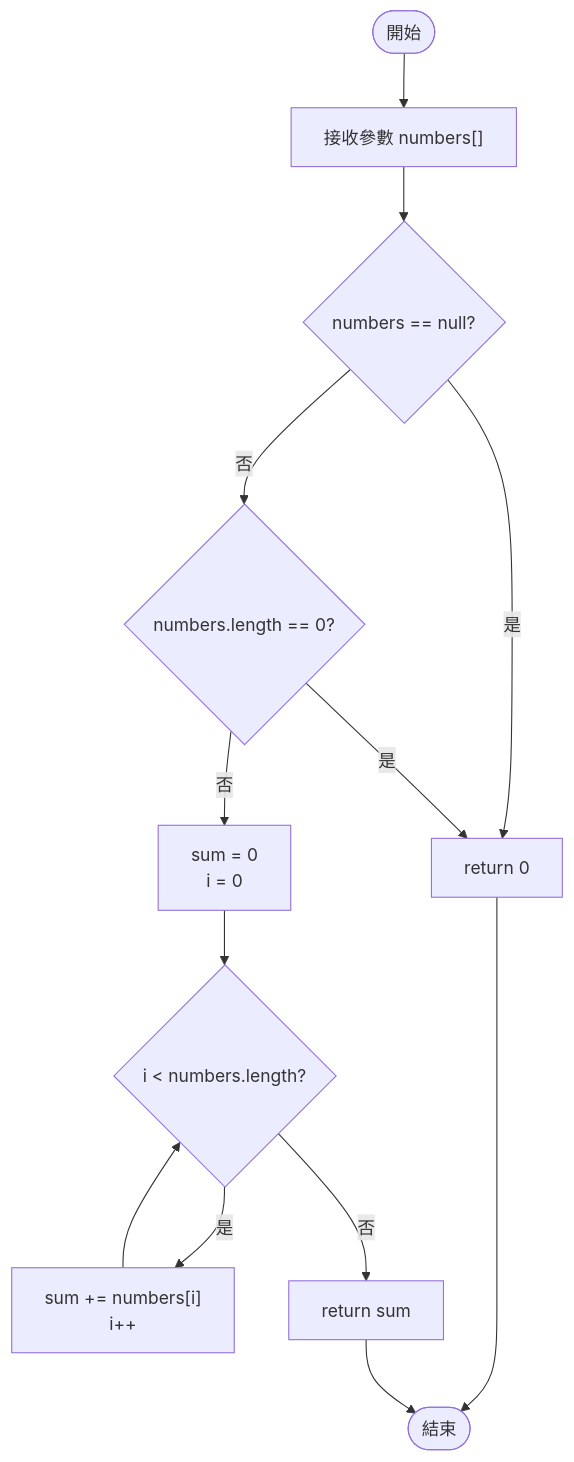
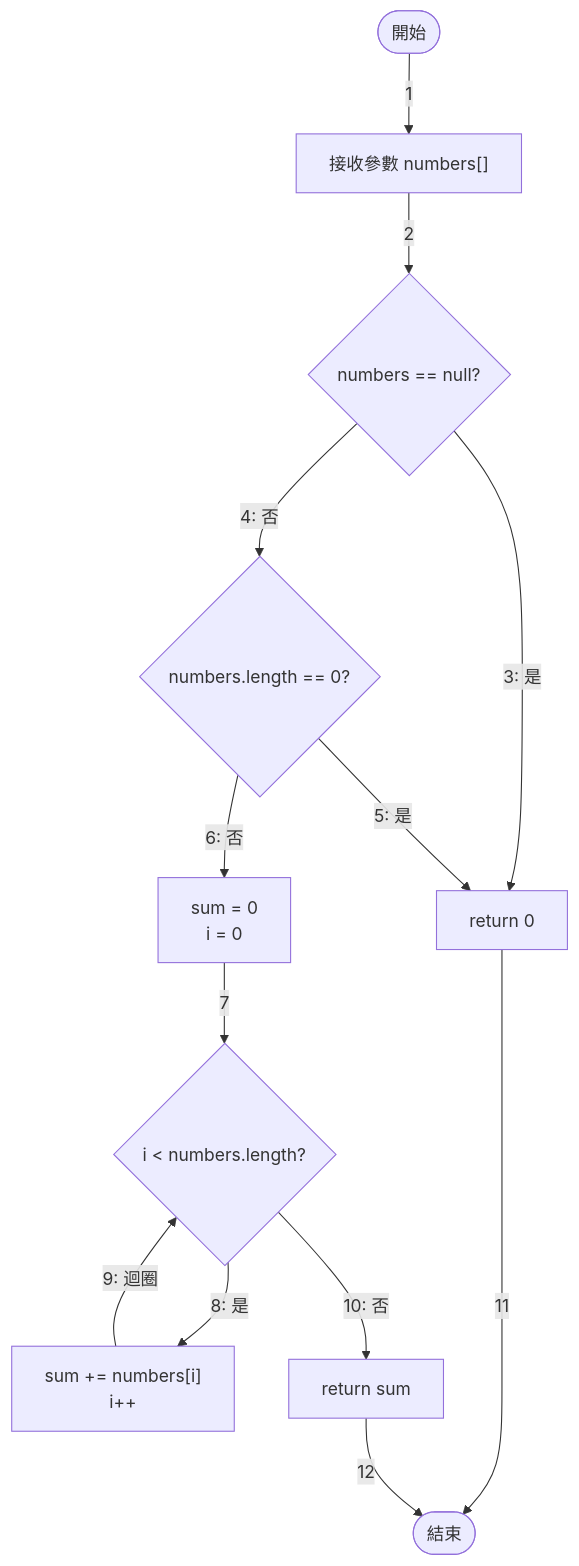
Before and after one commit to leecheenbao/ntou-sfm-homework: the second of 7 diagrams in test_report_flow.md, drawn with Mermaid. The commit also changed other lines of this file, not shown here.

Commit message:
update: test flow

````diff
--- a/test_report_flow.md
+++ b/test_report_flow.md
@@ -26,15 +38,15 @@
 ```mermaid
 flowchart TD
-    Start([開始]) --> Input["接收參數 numbers[]"]
-    Input --> CheckNull{"numbers == null?"}
-    CheckNull -->|是| Return0["return 0"]
-    CheckNull -->|否| CheckEmpty{"numbers.length == 0?"}
-    CheckEmpty -->|是| Return0
-    CheckEmpty -->|否| Init["sum = 0<br/>i = 0"]
-    Init --> LoopCheck{"i < numbers.length?"}
-    LoopCheck -->|是| Add["sum += numbers[i]<br/>i++"]
-    Add --> LoopCheck
-    LoopCheck -->|否| ReturnSum["return sum"]
-    Return0 --> End([結束])
-    ReturnSum --> End
+    Start([開始]) -->|1| Input["接收參數 numbers[]"]
+    Input -->|2| CheckNull{"numbers == null?"}
+    CheckNull -->|3: 是| Return0["return 0"]
+    CheckNull -->|4: 否| CheckEmpty{"numbers.length == 0?"}
+    CheckEmpty -->|5: 是| Return0
+    CheckEmpty -->|6: 否| Init["sum = 0<br/>i = 0"]
+    Init -->|7| LoopCheck{"i < numbers.length?"}
+    LoopCheck -->|8: 是| Add["sum += numbers[i]<br/>i++"]
+    Add -->|9: 迴圈| LoopCheck
+    LoopCheck -->|10: 否| ReturnSum["return sum"]
+    Return0 -->|11| End([結束])
+    ReturnSum -->|12| End
 ```
````
